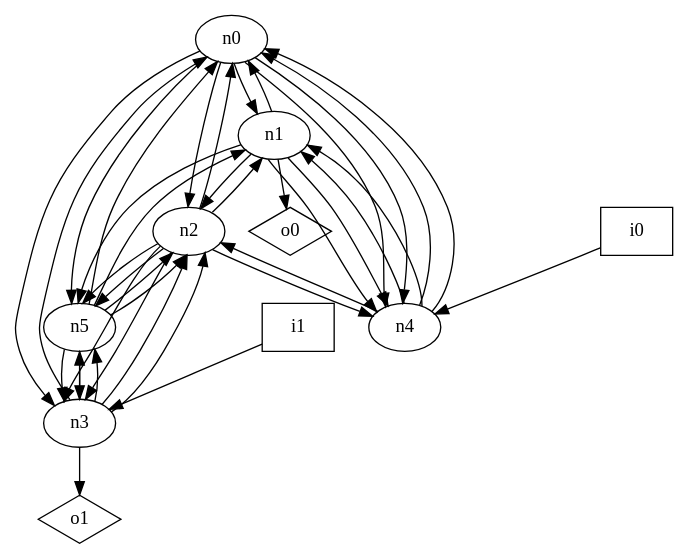
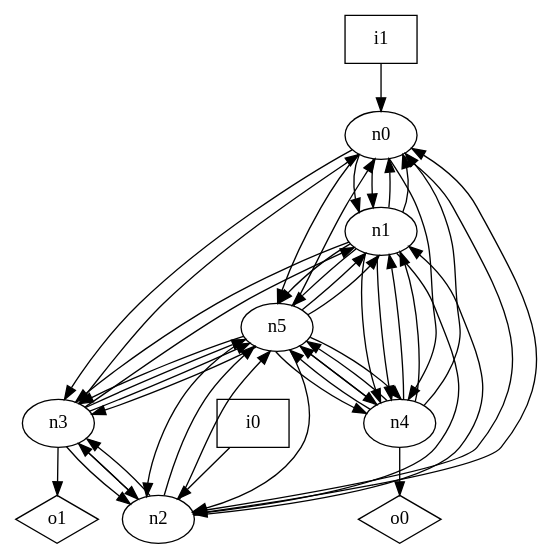
One commit to p9romain/bool-circuits changed the diagram in dot_files/random/random_undirected_loop_free_graph.dot. Above: the diagram before and after it, drawn with Graphviz. The commit also changed 22 other files, not shown here.

```diff
--- a/dot_files/random/random_undirected_loop_free_graph.dot
+++ b/dot_files/random/random_undirected_loop_free_graph.dot
@@ -1,50 +1,58 @@
 digraph G {
 n0 [label="n0"];
 n1 [label="n1"];
 n2 [label="n2"];
 n3 [label="n3"];
 n4 [label="n4"];
 n5 [label="n5"];
 n6 [label="i0",shape="box"];
 n7 [label="i1",shape="box"];
 n8 [label="o0",shape="diamond"];
 n9 [label="o1",shape="diamond"];
 n0 -> n1
+n0 -> n1
 n0 -> n2
 n0 -> n3
 n0 -> n4
-n0 -> n4
 n0 -> n5
 n1 -> n0
+n1 -> n0
 n1 -> n2
+n1 -> n3
 n1 -> n4
 n1 -> n4
 n1 -> n5
-n1 -> n8
+n1 -> n5
 n2 -> n0
 n2 -> n1
 n2 -> n3
 n2 -> n3
-n2 -> n4
 n2 -> n5
 n2 -> n5
 n3 -> n0
+n3 -> n1
 n3 -> n2
 n3 -> n2
 n3 -> n5
 n3 -> n5
 n3 -> n9
 n4 -> n0
-n4 -> n0
 n4 -> n1
 n4 -> n1
-n4 -> n2
+n4 -> n5
+n4 -> n5
+n4 -> n5
+n4 -> n8
 n5 -> n0
+n5 -> n1
 n5 -> n1
 n5 -> n2
 n5 -> n2
 n5 -> n3
 n5 -> n3
-n6 -> n4
-n7 -> n3
+n5 -> n4
+n5 -> n4
+n5 -> n4
+n6 -> n2
+n7 -> n0
 }
```
